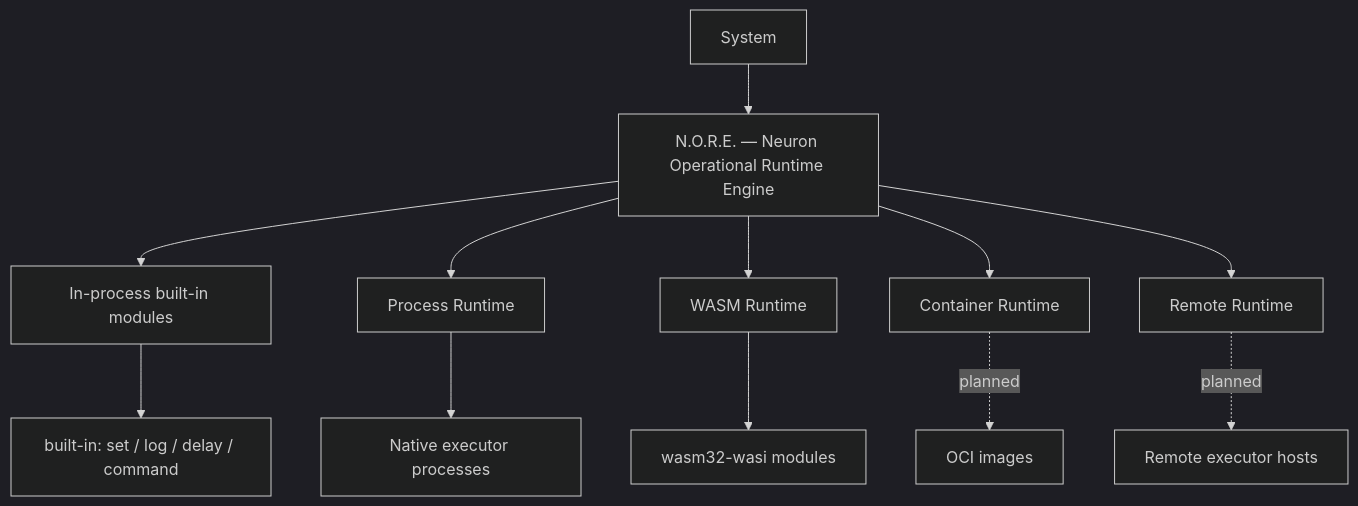
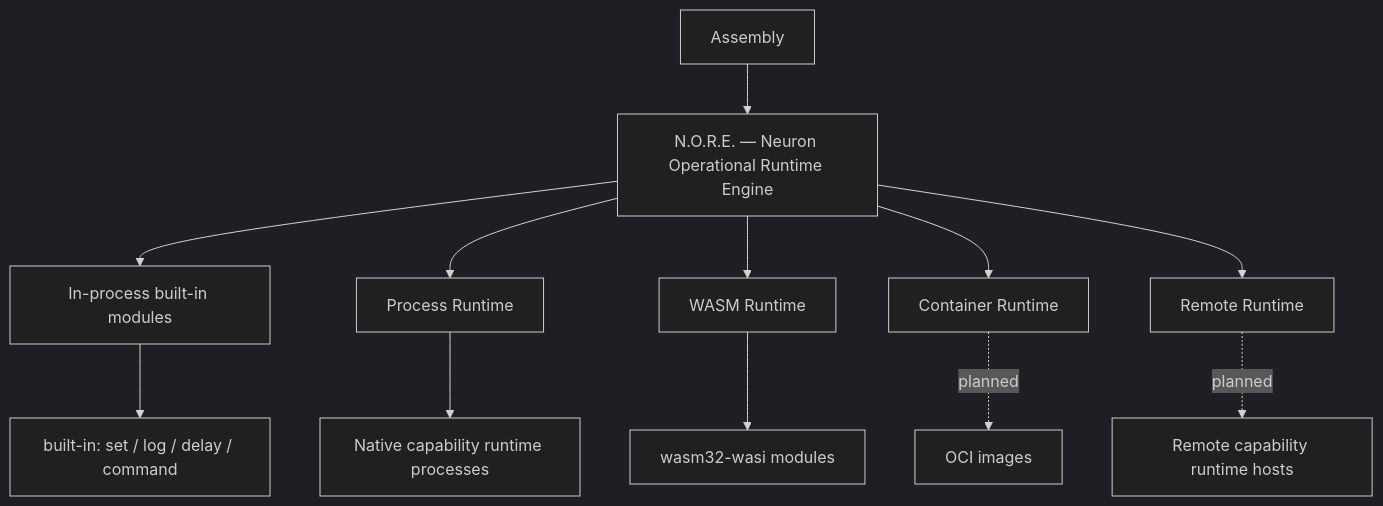
Before and after one commit to neuron-runtime/neuron: the first of 6 diagrams in README.md, drawn with Mermaid (dark theme). The commit also changed other lines of this file and 119 other files, not shown here.

````diff
--- a/README.md
+++ b/README.md
@@ -35,16 +35,16 @@
 ```mermaid
 flowchart TB
-    Sys[System] --> NOR[N.O.R.E. — Neuron Operational Runtime Engine]
+    Sys[Assembly] --> NOR[N.O.R.E. — Neuron Operational Runtime Engine]
     NOR --> MP[In-process built-in modules]
     NOR --> PR[Process Runtime]
     NOR --> WR[WASM Runtime]
     NOR --> CR[Container Runtime]
     NOR --> RR[Remote Runtime]
 
     MP --> SET[built-in: set / log / delay / command]
-    PR --> PROCS[Native executor processes]
+    PR --> PROCS[Native capability runtime processes]
     WR --> WASMI[wasm32-wasi modules]
 
     CR -. planned .-> OCI[OCI images]
-    RR -. planned .-> REMOTE[Remote executor hosts]
+    RR -. planned .-> REMOTE[Remote capability runtime hosts]
 ```
````
